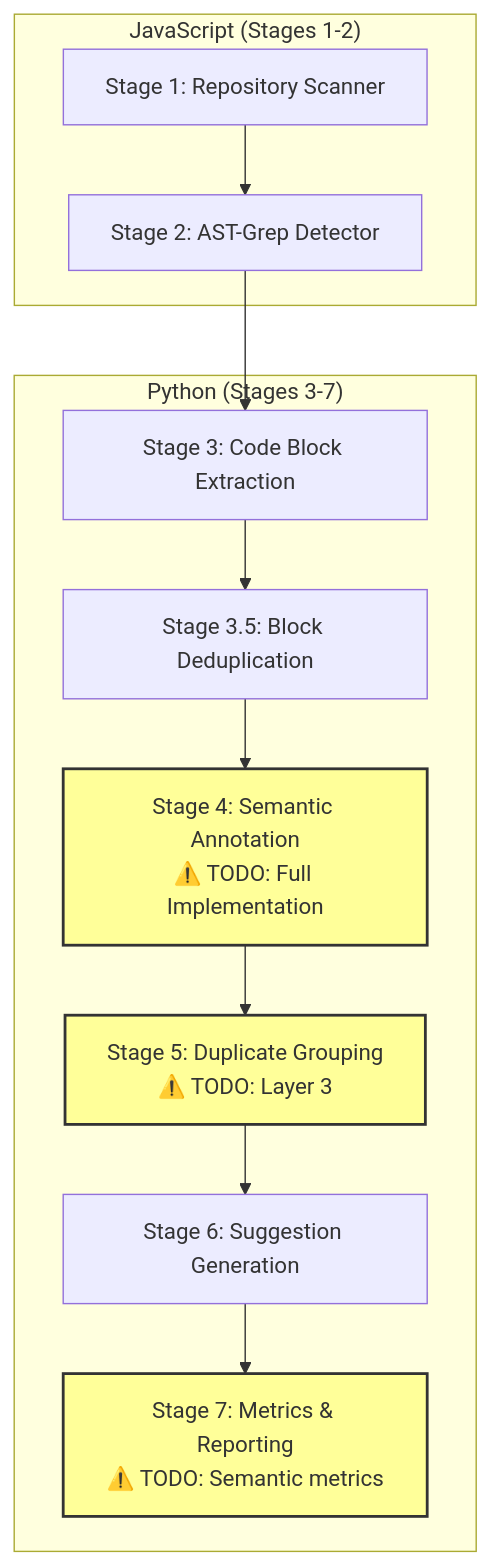
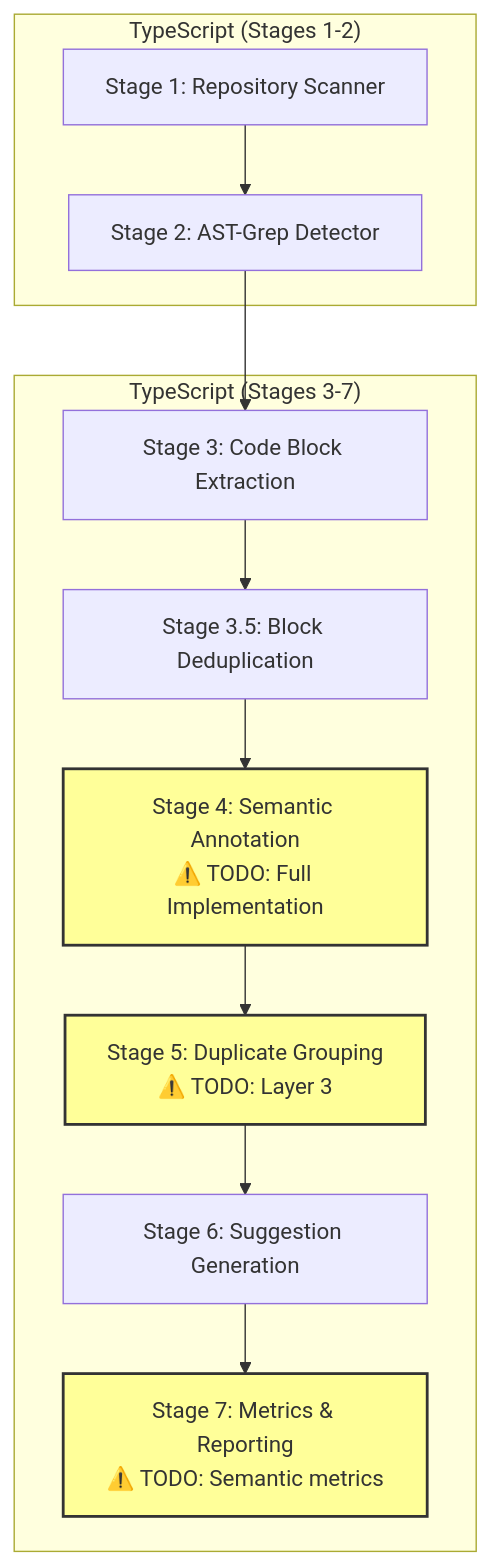
One commit to integritystudio/AlephAuto changed the first of 2 diagrams in docs/roadmap/SEMANTIC_SIMILARITY_IMPLEMENTATION.md. Above: the diagram before and after it, drawn with Mermaid. The commit also changed other lines of this file and 8 other files, not shown here.

First line of the commit message:
docs: update all references for complete Python-to-TypeScript migration

````diff
--- a/docs/roadmap/SEMANTIC_SIMILARITY_IMPLEMENTATION.md
+++ b/docs/roadmap/SEMANTIC_SIMILARITY_IMPLEMENTATION.md
@@ -73,22 +73,22 @@
 ```mermaid
 flowchart TB
-    subgraph JS["JavaScript (Stages 1-2)"]
+    subgraph JS["TypeScript (Stages 1-2)"]
         S1[Stage 1: Repository Scanner]
         S2[Stage 2: AST-Grep Detector]
     end
 
-    subgraph PY["Python (Stages 3-7)"]
+    subgraph PY["TypeScript (Stages 3-7)"]
         S3[Stage 3: Code Block Extraction]
         S3_5[Stage 3.5: Block Deduplication]
         S4[Stage 4: Semantic Annotation<br/>⚠️ TODO: Full Implementation]
         S5[Stage 5: Duplicate Grouping<br/>⚠️ TODO: Layer 3]
         S6[Stage 6: Suggestion Generation]
         S7[Stage 7: Metrics & Reporting<br/>⚠️ TODO: Semantic metrics]
     end
 
     S1 --> S2 --> S3 --> S3_5 --> S4 --> S5 --> S6 --> S7
 
     style S4 fill:#ff9,stroke:#333,stroke-width:2px
     style S5 fill:#ff9,stroke:#333,stroke-width:2px
     style S7 fill:#ff9,stroke:#333,stroke-width:2px
 ```
````
